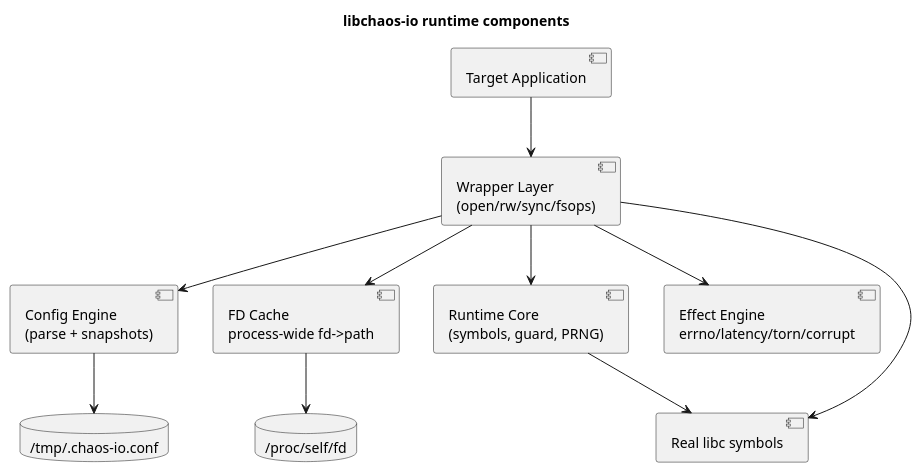
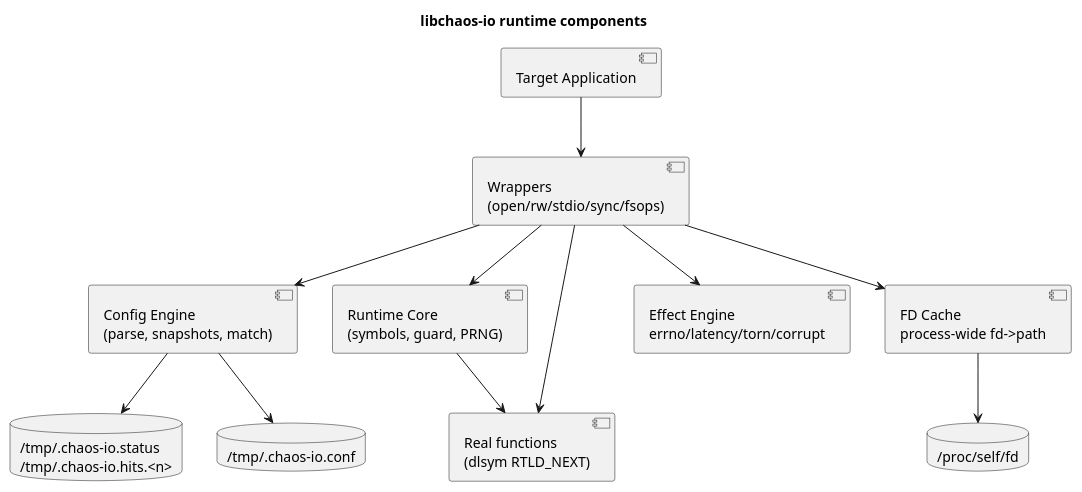
The first of 4 diagrams in docs/IO.md (macstab/macstab-chaos-testing-libraries), drawn with PlantUML before and after one commit. The commit also changed other lines of this file and 7 other files, not shown here.

````diff
--- a/docs/IO.md
+++ b/docs/IO.md
@@ -382,25 +386,27 @@
 ```plantuml
 @startuml
 title libchaos-io runtime components
 
 component "Target Application" as App
-component "Wrapper Layer\n(open/rw/sync/fsops)" as Wrappers
+component "Wrappers\n(open/rw/stdio/sync/fsops)" as Wrappers
 component "Runtime Core\n(symbols, guard, PRNG)" as Core
-component "Config Engine\n(parse + snapshots)" as Config
+component "Config Engine\n(parse, snapshots, match)" as Config
 component "FD Cache\nprocess-wide fd->path" as Cache
 component "Effect Engine\nerrno/latency/torn/corrupt" as Effects
-component "Real libc symbols" as Libc
+component "Real functions\n(dlsym RTLD_NEXT)" as Libc
 database "/tmp/.chaos-io.conf" as ConfigFile
+database "/tmp/.chaos-io.status\n/tmp/.chaos-io.hits.<n>" as Reports
 database "/proc/self/fd" as ProcFd
 
 App --> Wrappers
 Wrappers --> Core
 Wrappers --> Config
 Wrappers --> Cache
 Wrappers --> Effects
 Wrappers --> Libc
 Config --> ConfigFile
+Config --> Reports
 Cache --> ProcFd
 Core --> Libc
 @enduml
 ```
````
